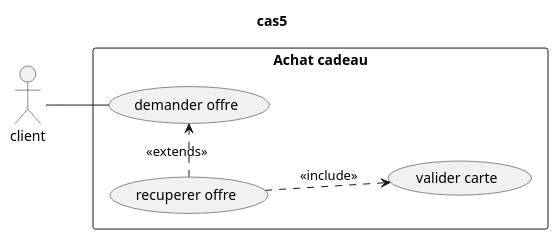
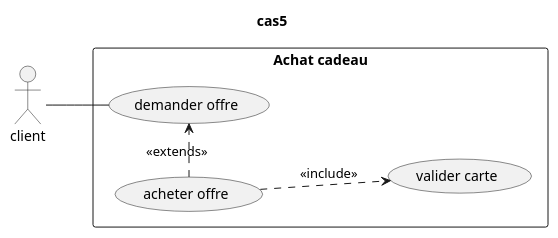
Before and after one commit to ZeroAbsolue/infidelite: the sixth of 6 diagrams in Readme.puml, drawn with PlantUML. The commit also changed 2 other files, not shown here.

```diff
--- a/Readme.puml
+++ b/Readme.puml
@@ -174,17 +174,17 @@
 @startuml
 title cas5
 left to right direction
 
 actor client as C
 rectangle "Achat cadeau" {
     usecase "demander offre" as UC1
-    usecase "recuperer offre" as UC2
+    usecase "acheter offre" as UC2
     usecase "valider carte" as UC3
 
     UC2 .> UC1 : <<extends>>
     UC2 .down.> UC3 : <<include>>
 
 }
 
 C -- UC1
 @enduml
```
